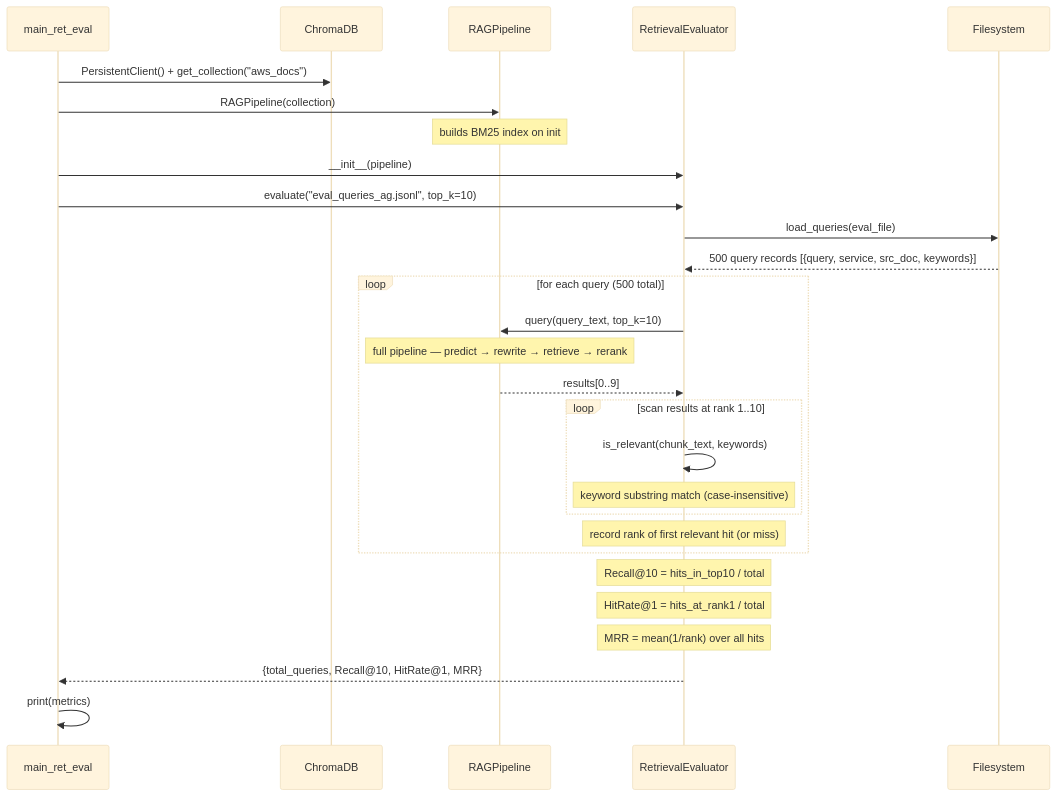
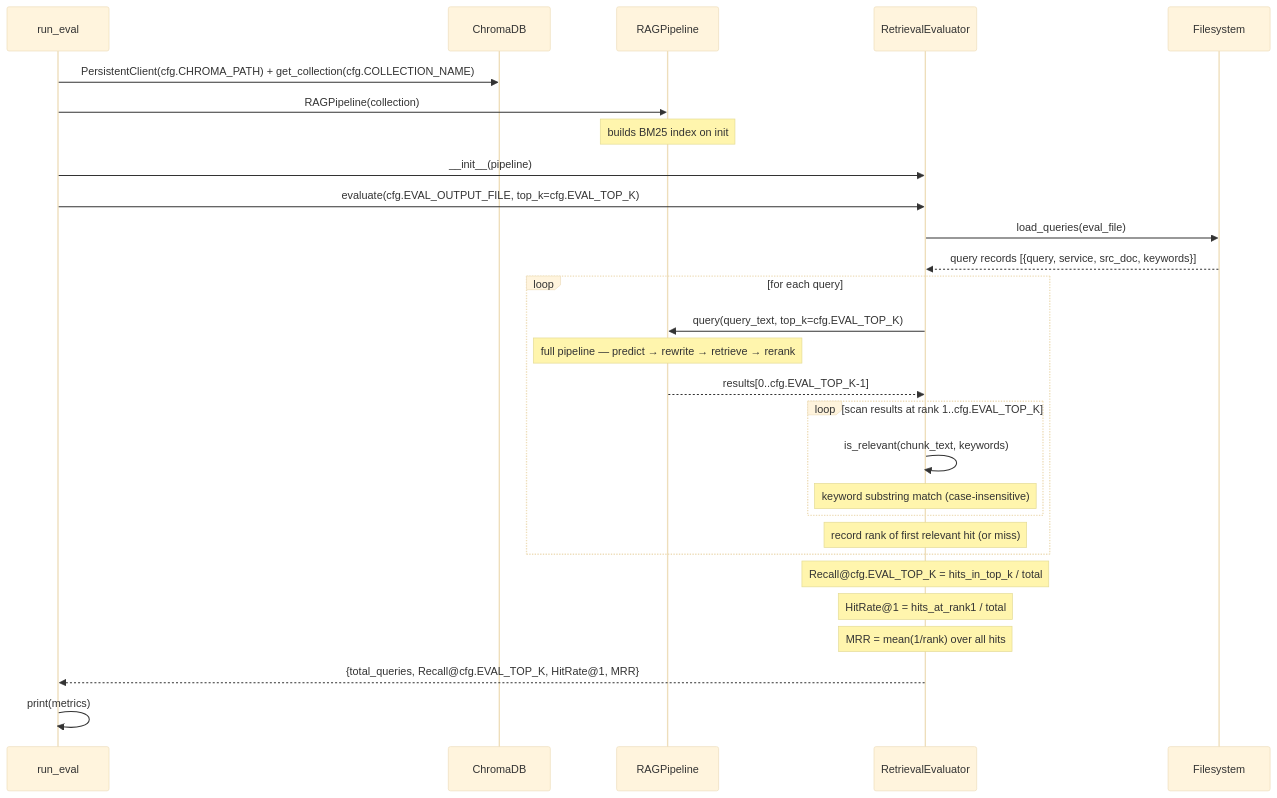
One commit to shijujt/total-recall changed the diagram in docs/seq_eval.mmd. Above: the diagram before and after it, drawn with Mermaid (base theme). The commit also changed 4 other files, not shown here.

First line of the commit message:
Update Mermaid diagrams to reflect restructured project

```diff
--- a/docs/seq_eval.mmd
+++ b/docs/seq_eval.mmd
@@ -1,34 +1,34 @@
 sequenceDiagram
-    participant Script as main_ret_eval
+    participant Script as run_eval
     participant Chroma as ChromaDB
     participant Pipeline as RAGPipeline
     participant Eval as RetrievalEvaluator
     participant FS as Filesystem
 
-    Script->>Chroma: PersistentClient() + get_collection("aws_docs")
+    Script->>Chroma: PersistentClient(cfg.CHROMA_PATH) + get_collection(cfg.COLLECTION_NAME)
     Script->>Pipeline: RAGPipeline(collection)
     Note over Pipeline: builds BM25 index on init
     Script->>Eval: __init__(pipeline)
 
-    Script->>Eval: evaluate("eval_queries_ag.jsonl", top_k=10)
+    Script->>Eval: evaluate(cfg.EVAL_OUTPUT_FILE, top_k=cfg.EVAL_TOP_K)
     Eval->>FS: load_queries(eval_file)
-    FS-->>Eval: 500 query records [{query, service, src_doc, keywords}]
+    FS-->>Eval: query records [{query, service, src_doc, keywords}]
 
-    loop for each query (500 total)
-        Eval->>Pipeline: query(query_text, top_k=10)
+    loop for each query
+        Eval->>Pipeline: query(query_text, top_k=cfg.EVAL_TOP_K)
         Note over Pipeline: full pipeline — predict → rewrite → retrieve → rerank
-        Pipeline-->>Eval: results[0..9]
+        Pipeline-->>Eval: results[0..cfg.EVAL_TOP_K-1]
 
-        loop scan results at rank 1..10
+        loop scan results at rank 1..cfg.EVAL_TOP_K
             Eval->>Eval: is_relevant(chunk_text, keywords)
             Note over Eval: keyword substring match (case-insensitive)
         end
         Note over Eval: record rank of first relevant hit (or miss)
     end
 
-    Note over Eval: Recall@10  = hits_in_top10 / total
-    Note over Eval: HitRate@1  = hits_at_rank1 / total
-    Note over Eval: MRR        = mean(1/rank) over all hits
+    Note over Eval: Recall@cfg.EVAL_TOP_K = hits_in_top_k / total
+    Note over Eval: HitRate@1            = hits_at_rank1 / total
+    Note over Eval: MRR                  = mean(1/rank) over all hits
 
-    Eval-->>Script: {total_queries, Recall@10, HitRate@1, MRR}
+    Eval-->>Script: {total_queries, Recall@cfg.EVAL_TOP_K, HitRate@1, MRR}
     Script->>Script: print(metrics)
```
